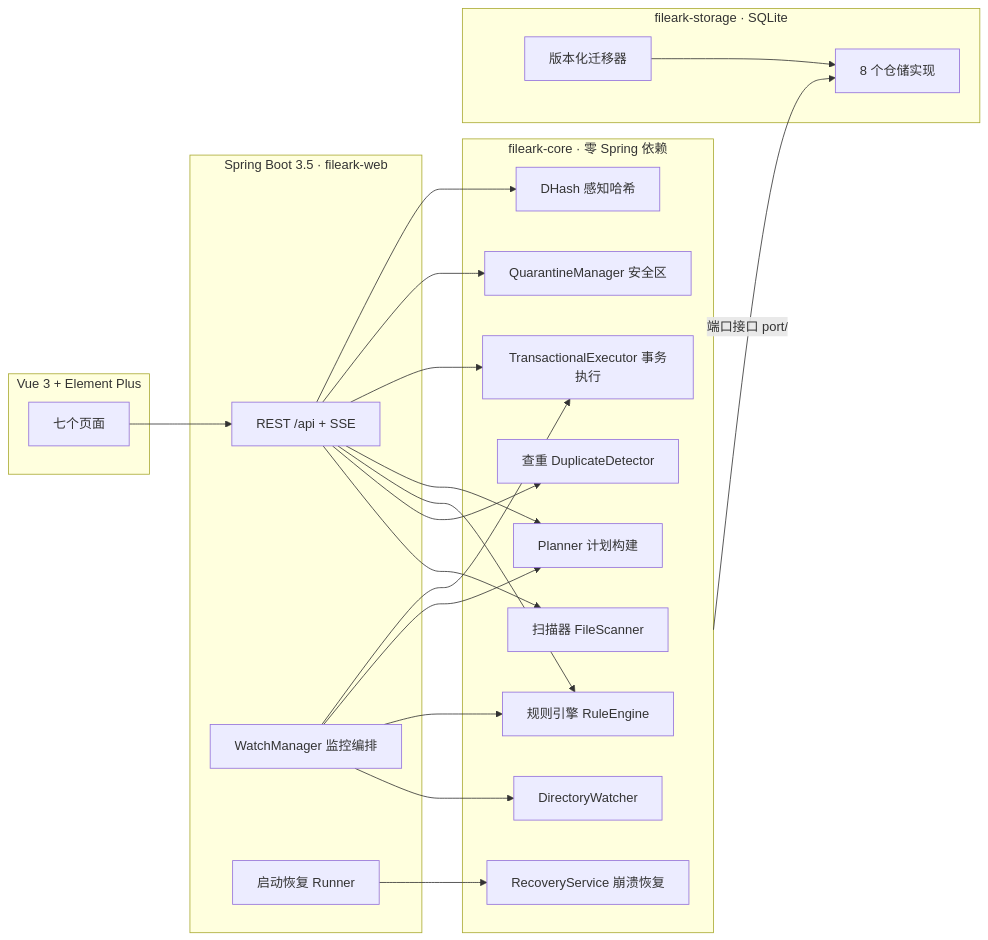
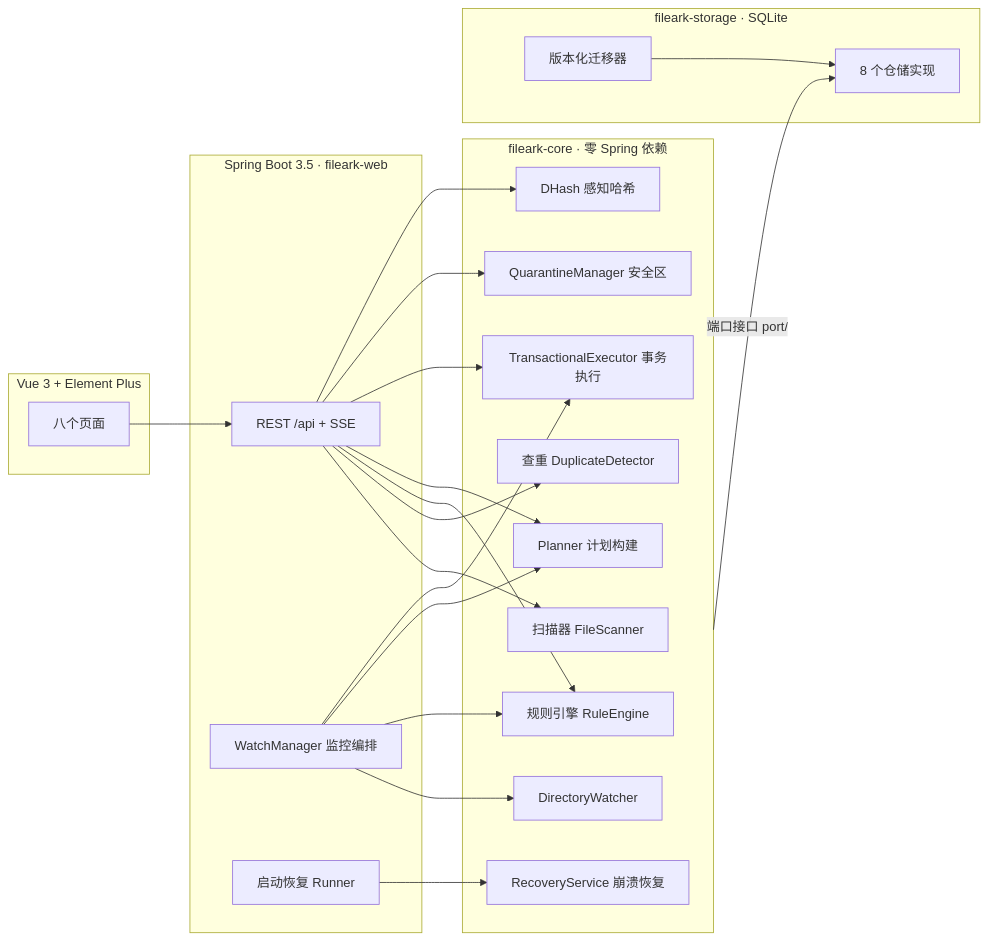
The first of 2 diagrams in README.md (jfneik/fileark), drawn with Mermaid before and after one commit. The commit also changed other lines of this file and 9 other files, not shown here.

Commit message:
docs: README 重写、界面截图与 MIT LICENSE，版本对齐 1.2.0

````diff
--- a/README.md
+++ b/README.md
@@ -35,32 +52,32 @@
 ```mermaid
 flowchart LR
     subgraph UI[Vue 3 + Element Plus]
-        PAGES[七个页面]
+        PAGES[八个页面]
     end
     subgraph WEB[Spring Boot 3.5 · fileark-web]
         API[REST /api + SSE]
         WM[WatchManager 监控编排]
         RUNNER[启动恢复 Runner]
     end
     subgraph CORE[fileark-core · 零 Spring 依赖]
         SCAN[扫描器 FileScanner]
         DET[查重 DuplicateDetector]
         RULE[规则引擎 RuleEngine]
         PLANNER[Planner 计划构建]
         EXEC[TransactionalExecutor 事务执行]
         RECOV[RecoveryService 崩溃恢复]
         WATCH[DirectoryWatcher]
         QM[QuarantineManager 安全区]
         DHASH[DHash 感知哈希]
     end
     subgraph STO[fileark-storage · SQLite]
         MIG[版本化迁移器]
         REPO[8 个仓储实现]
     end
     PAGES --> API
     API --> SCAN & DET & RULE & PLANNER & EXEC & QM & DHASH
     WM --> WATCH & RULE & PLANNER & EXEC
     RUNNER --> RECOV
     CORE -- 端口接口 port/ --> REPO
     MIG --> REPO
 ```
````
